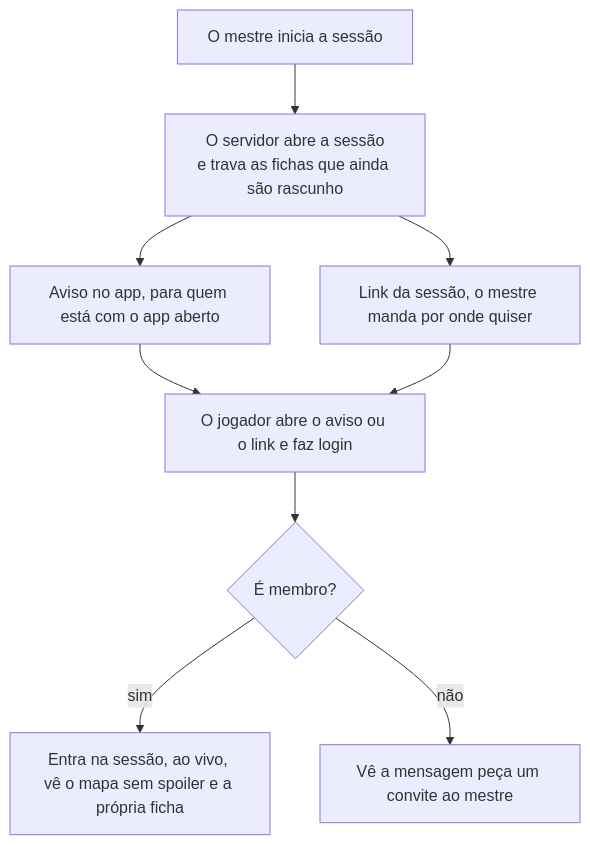
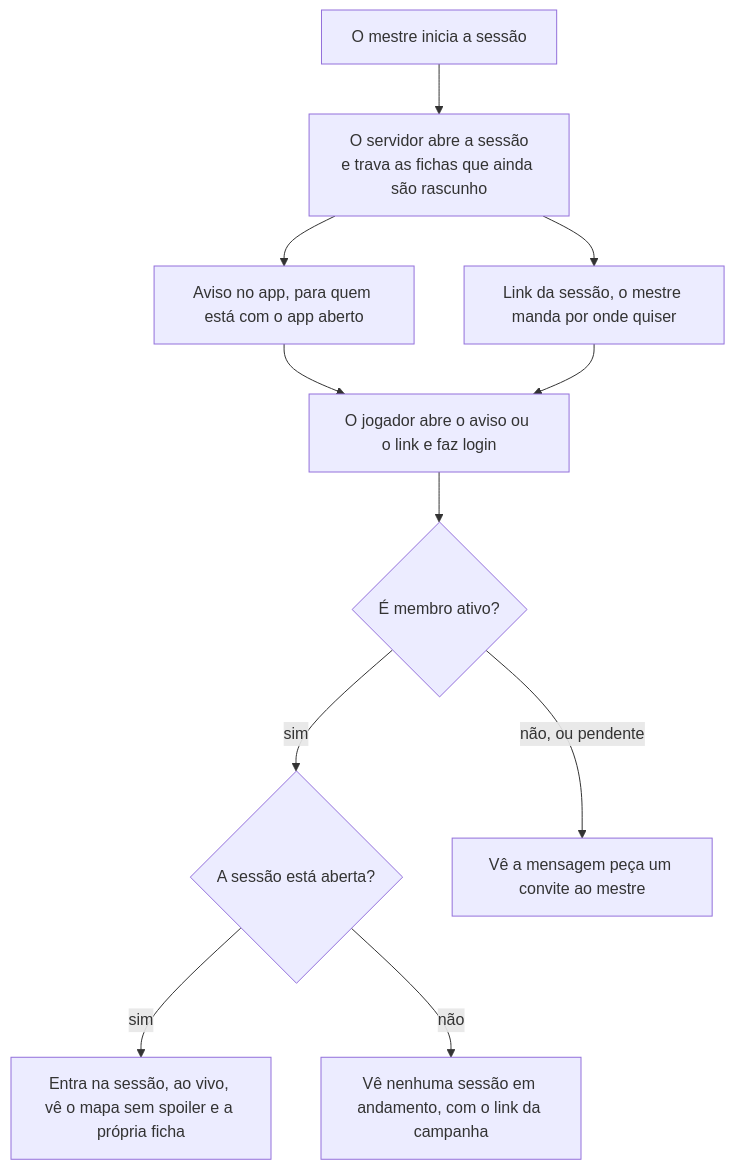
Before and after one commit to PuraFome/meuRPG: the second of 2 diagrams in docs/produto/regras.md, drawn with Mermaid. The commit also changed other lines of this file and 43 other files, not shown here.

````diff
--- a/docs/produto/regras.md
+++ b/docs/produto/regras.md
@@ -82,20 +82,24 @@
 ```mermaid
 flowchart TD
     A["O mestre inicia a sessão"]
     B["O servidor abre a sessão<br/>e trava as fichas que ainda são rascunho"]
     C["Aviso no app, para quem está com o app aberto"]
     D["Link da sessão, o mestre manda por onde quiser"]
     E["O jogador abre o aviso ou o link e faz login"]
-    F{"É membro?"}
+    F{"É membro ativo?"}
+    S{"A sessão está aberta?"}
     G["Entra na sessão, ao vivo, vê o mapa sem spoiler e a própria ficha"]
     H["Vê a mensagem peça um convite ao mestre"]
+    N["Vê nenhuma sessão em andamento, com o link da campanha"]
 
     A --> B
     B --> C
     B --> D
     C --> E
     D --> E
     E --> F
-    F -->|"sim"| G
-    F -->|"não"| H
+    F -->|"sim"| S
+    F -->|"não, ou pendente"| H
+    S -->|"sim"| G
+    S -->|"não"| N
 ```
````
